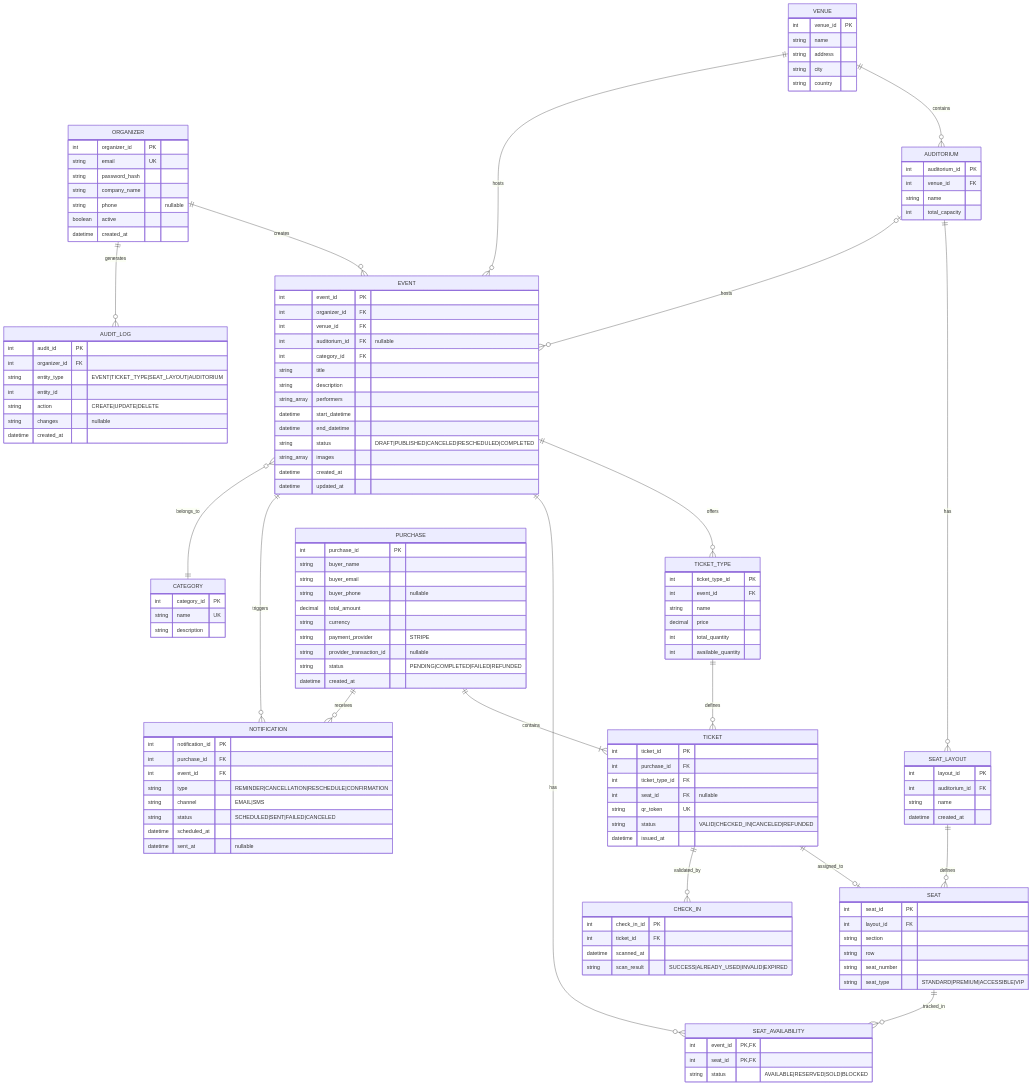
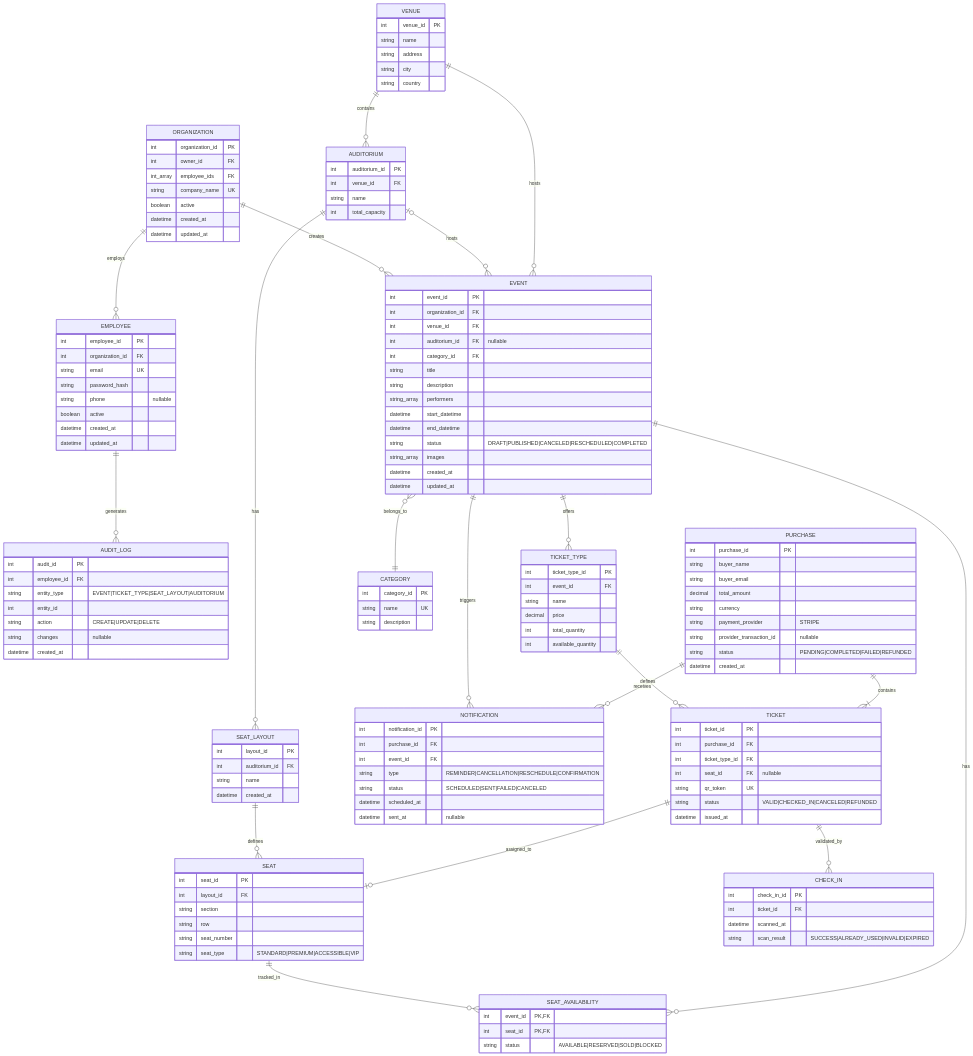
The diagram in data_object_diagram.md (pamestinukai/event-ticket-platform), drawn with Mermaid before and after one commit.

Commit message:
Removed SMS notification and split organizer to organization and employee

````diff
--- a/data_object_diagram.md
+++ b/data_object_diagram.md
@@ -2,15 +2,27 @@
 ```mermaid
 erDiagram
-    ORGANIZER ||--o{ EVENT : creates
-    ORGANIZER ||--o{ AUDIT_LOG : generates
-    ORGANIZER {
-        int organizer_id PK
+    ORGANIZATION ||--o{ EMPLOYEE : employs
+    ORGANIZATION ||--o{ EVENT : creates
+    ORGANIZATION {
+        int organization_id PK
+        int owner_id FK
+        int_array employee_ids FK
+        string company_name UK
+        boolean active
+        datetime created_at
+        datetime updated_at
+    }
+
+    EMPLOYEE ||--o{ AUDIT_LOG : generates
+    EMPLOYEE {
+        int employee_id PK
+        int organization_id FK
         string email UK
         string password_hash
-        string company_name
         string phone "nullable"
         boolean active
         datetime created_at
+        datetime updated_at
     }
 
     VENUE ||--o{ AUDITORIUM : contains
@@ -57,7 +69,7 @@
     EVENT }o--|| CATEGORY : belongs_to
     EVENT {
         int event_id PK
-        int organizer_id FK
+        int organization_id FK
         int venue_id FK
         int auditorium_id FK "nullable"
         int category_id FK
@@ -100,7 +112,6 @@
         int purchase_id PK
         string buyer_name
         string buyer_email
-        string buyer_phone "nullable"
         decimal total_amount
         string currency
         string payment_provider "STRIPE"
@@ -133,7 +144,6 @@
         int purchase_id FK
         int event_id FK
         string type "REMINDER|CANCELLATION|RESCHEDULE|CONFIRMATION"
-        string channel "EMAIL|SMS"
         string status "SCHEDULED|SENT|FAILED|CANCELED"
         datetime scheduled_at
         datetime sent_at "nullable"
@@ -141,7 +151,7 @@
 
     AUDIT_LOG {
         int audit_id PK
-        int organizer_id FK
+        int employee_id FK
         string entity_type "EVENT|TICKET_TYPE|SEAT_LAYOUT|AUDITORIUM"
         int entity_id
         string action "CREATE|UPDATE|DELETE"
````
